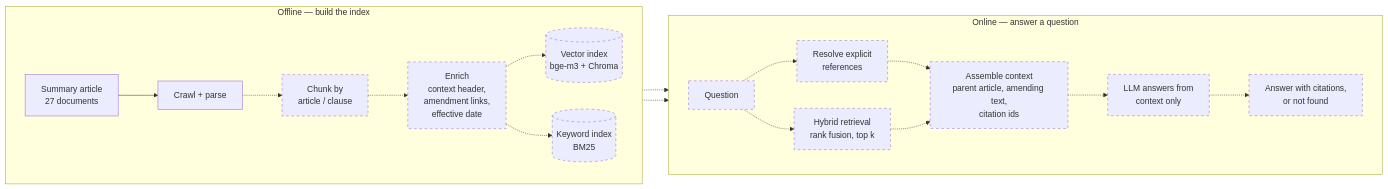
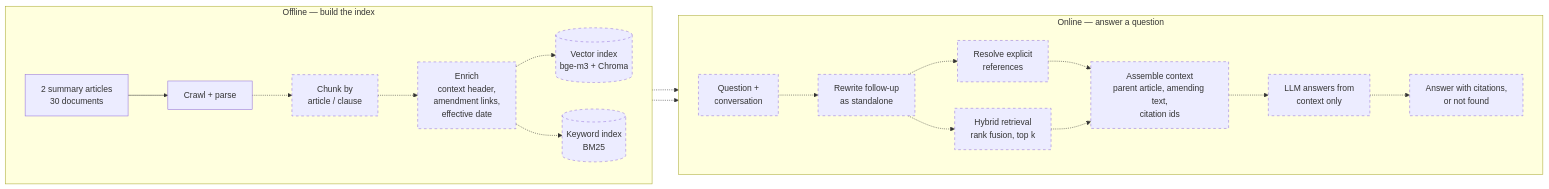
The diagram in README.md (HieuQuang4438/vn-tax-law-rag), drawn with Mermaid before and after one commit. The commit also changed other lines of this file and 3 other files, not shown here.

````diff
--- a/README.md
+++ b/README.md
@@ -27,25 +27,26 @@
 ```mermaid
 flowchart LR
     subgraph offline["Offline — build the index"]
         direction LR
-        src[Summary article<br/>27 documents] --> crawl[Crawl + parse]
+        src[2 summary articles<br/>30 documents] --> crawl[Crawl + parse]
         crawl -.-> chunk[Chunk by<br/>article / clause]
         chunk -.-> enrich[Enrich<br/>context header,<br/>amendment links,<br/>effective date]
         enrich -.-> vec[(Vector index<br/>bge-m3 + Chroma)]
         enrich -.-> kw[(Keyword index<br/>BM25)]
     end
     subgraph online["Online — answer a question"]
         direction LR
-        q[Question] -.-> ref[Resolve explicit<br/>references]
-        q -.-> hyb[Hybrid retrieval<br/>rank fusion, top k]
+        q[Question +<br/>conversation] -.-> rw[Rewrite follow-up<br/>as standalone]
+        rw -.-> ref[Resolve explicit<br/>references]
+        rw -.-> hyb[Hybrid retrieval<br/>rank fusion, top k]
         ref -.-> aug[Assemble context<br/>parent article, amending text,<br/>citation ids]
         hyb -.-> aug
         aug -.-> llm[LLM answers from<br/>context only]
         llm -.-> out[Answer with citations,<br/>or not found]
     end
     vec -.-> hyb
     kw -.-> hyb
 
     classDef planned stroke-dasharray: 5 5
-    class chunk,enrich,vec,kw,q,ref,hyb,aug,llm,out planned
+    class chunk,enrich,vec,kw,q,rw,ref,hyb,aug,llm,out planned
 ```
````
